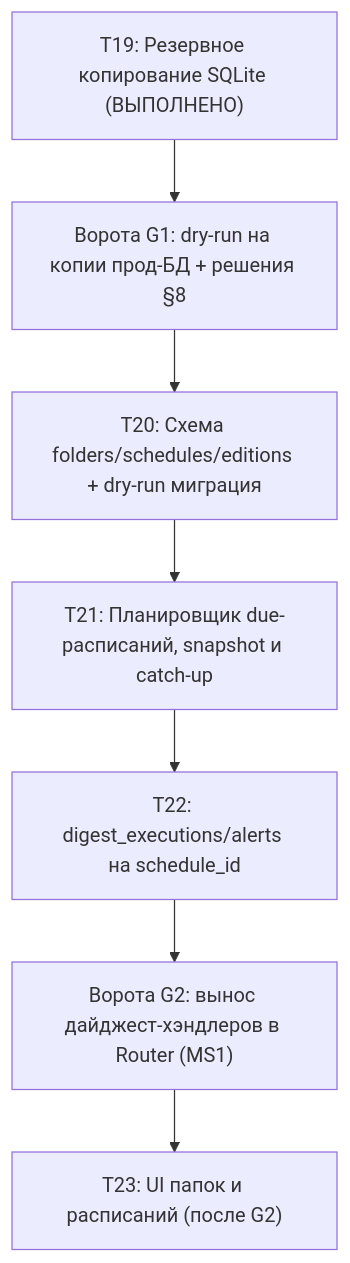
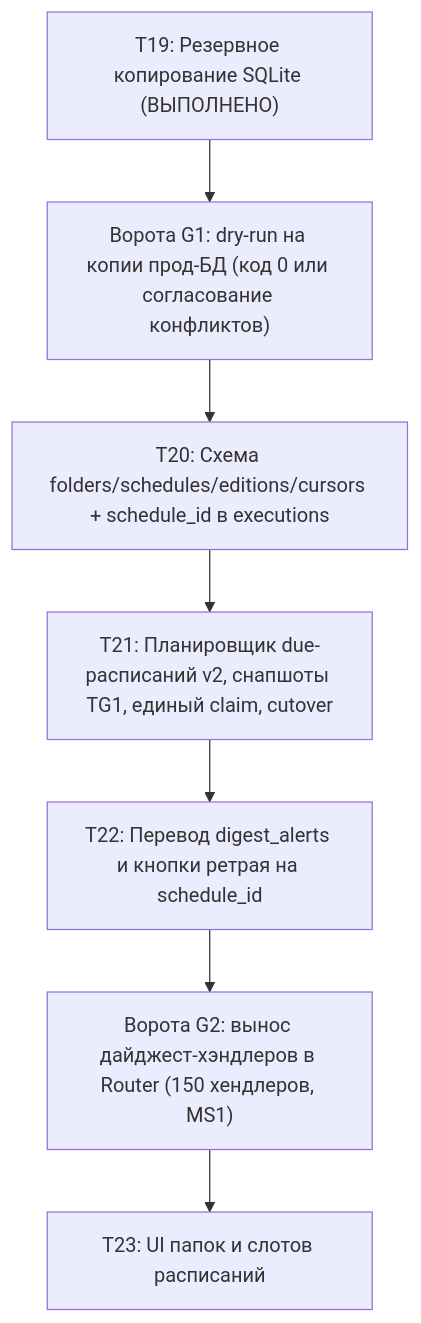
One commit to losoph/unagi-reminder-bot changed the fourth of 4 diagrams in docs/sprint/queue4-design.md. Above: the diagram before and after it, drawn with Mermaid. The commit also changed other lines of this file and 3 other files, not shown here.

````diff
--- a/docs/sprint/queue4-design.md
+++ b/docs/sprint/queue4-design.md
@@ -455,10 +460,10 @@
 ```mermaid
 flowchart TD
     T19["T19: Резервное копирование SQLite (ВЫПОЛНЕНО)"] --> G1
-    G1["Ворота G1: dry-run на копии прод-БД + решения §8"] --> T20
-    T20["T20: Схема folders/schedules/editions + dry-run миграция"] --> T21
-    T21["T21: Планировщик due-расписаний, snapshot и catch-up"] --> T22
-    T22["T22: digest_executions/alerts на schedule_id"] --> G2
-    G2["Ворота G2: вынос дайджест-хэндлеров в Router (MS1)"] --> T23
-    T23["T23: UI папок и расписаний (после G2)"]
+    G1["Ворота G1: dry-run на копии прод-БД (код 0 или согласование конфликтов)"] --> T20
+    T20["T20: Схема folders/schedules/editions/cursors + schedule_id в executions"] --> T21
+    T21["T21: Планировщик due-расписаний v2, снапшоты TG1, единый claim, cutover"] --> T22
+    T22["T22: Перевод digest_alerts и кнопки ретрая на schedule_id"] --> G2
+    G2["Ворота G2: вынос дайджест-хэндлеров в Router (150 хендлеров, MS1)"] --> T23
+    T23["T23: UI папок и слотов расписаний"]
 ```
````
